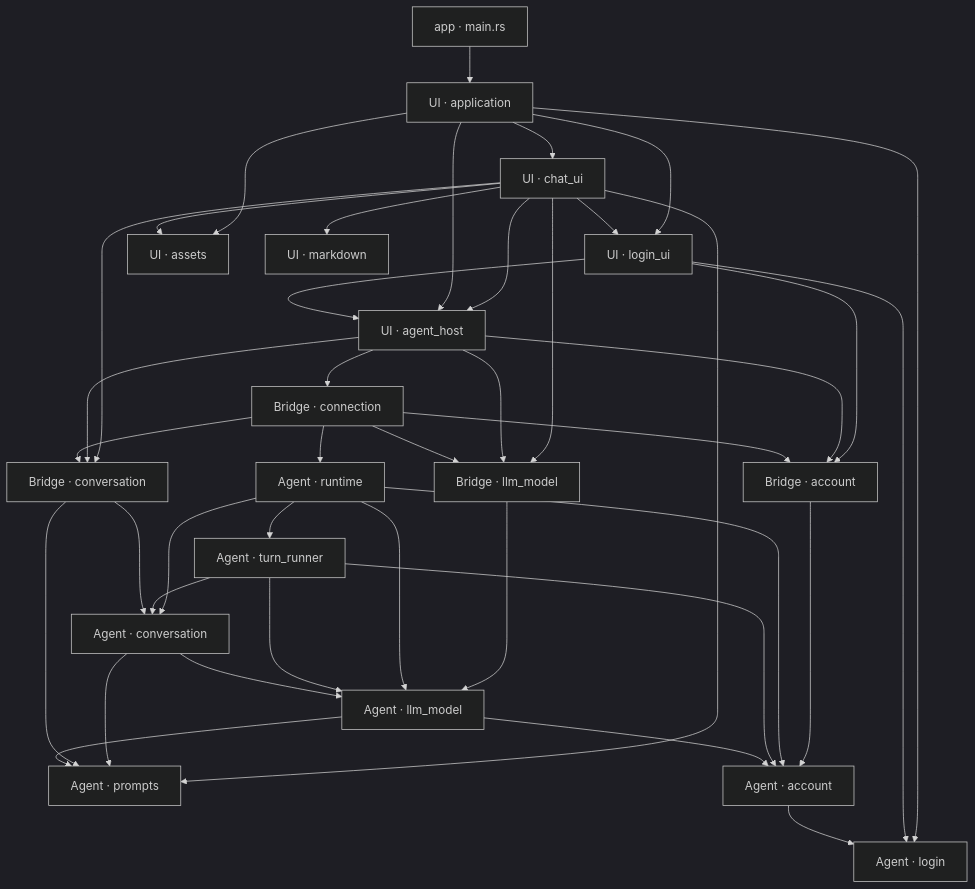
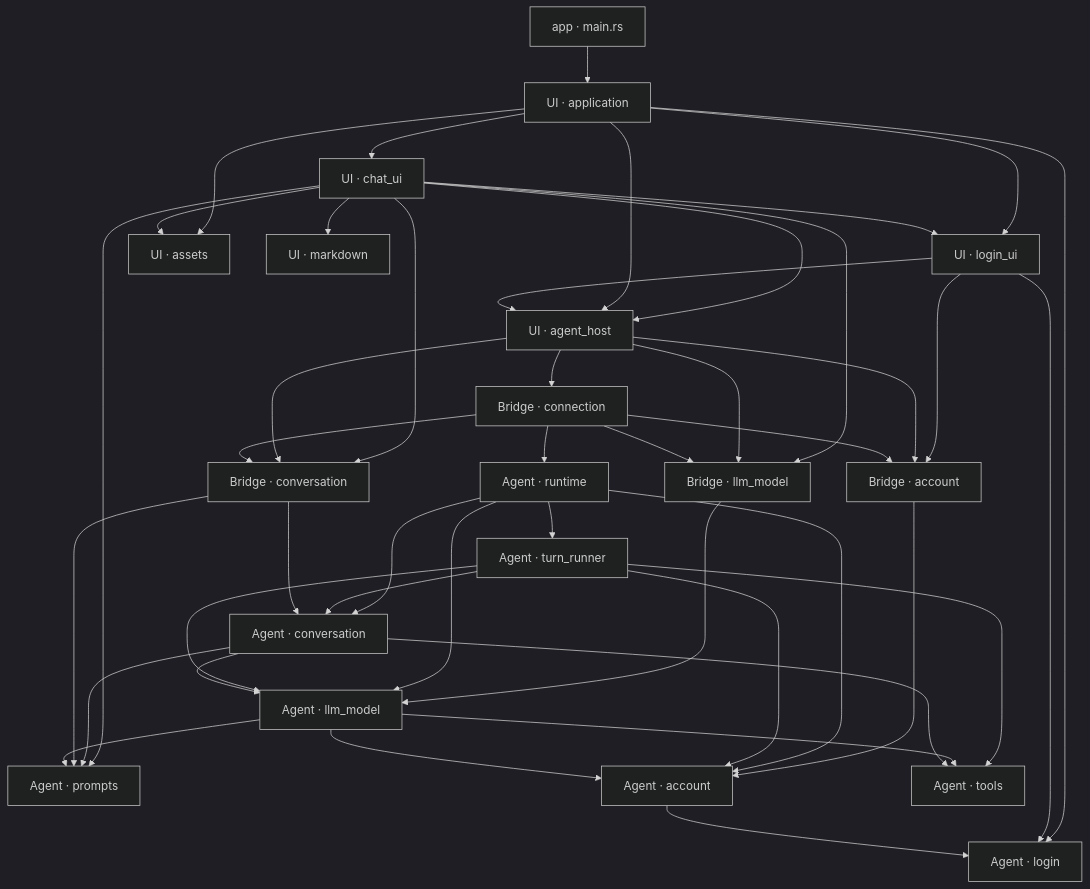
Before and after one commit to slc90/Agentelier: the first of 3 diagrams in docs/design/architecture.md, drawn with Mermaid (dark theme). The commit also changed other lines of this file and 24 other files, not shown here.

````diff
--- a/docs/design/architecture.md
+++ b/docs/design/architecture.md
@@ -31,43 +32,46 @@
 ```mermaid
 flowchart TD
     Entry["app · main.rs"] --> App["UI · application"]
     App --> UI["UI · login_ui"]
     App --> Assets["UI · assets"]
     App --> Login["Agent · login"]
     UI --> Login
     App --> ChatUI["UI · chat_ui"]
     ChatUI --> Markdown["UI · markdown"]
     ChatUI --> UI
     ChatUI --> Host
     App --> Host["UI · agent_host"]
     UI --> Host
     Host --> Connection["Bridge · connection"]
     UI --> AccountBridge["Bridge · account"]
     ChatUI --> ModelBridge["Bridge · llm_model"]
     ChatUI --> ConversationBridge["Bridge · conversation"]
     ChatUI --> Prompts["Agent · prompts"]
     ChatUI --> Assets
     Host --> AccountBridge
     Host --> ModelBridge
     Host --> ConversationBridge
     Connection --> Runtime["Agent · runtime"]
     Connection --> AccountBridge
     Connection --> ModelBridge
     Connection --> ConversationBridge
     AccountBridge --> Account["Agent · account"]
     ModelBridge --> Model["Agent · llm_model"]
     Runtime --> Account
     Runtime --> Model
     Runtime --> Conversation["Agent · conversation"]
     Runtime --> Runner["Agent · turn_runner"]
     Runner --> Conversation
     Runner --> Model
     Runner --> Account
+    Runner --> Tools["Agent · tools"]
+    Model --> Tools
+    Conversation --> Tools
     Conversation --> Model
     Conversation --> Prompts
     ConversationBridge --> Conversation
     ConversationBridge --> Prompts
     Model --> Prompts
     Model --> Account
     Account --> Login
 ```
````
